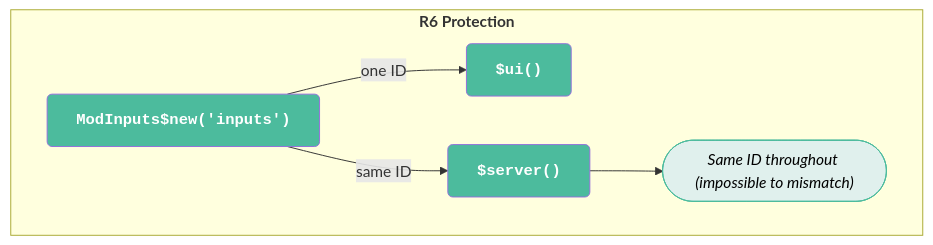
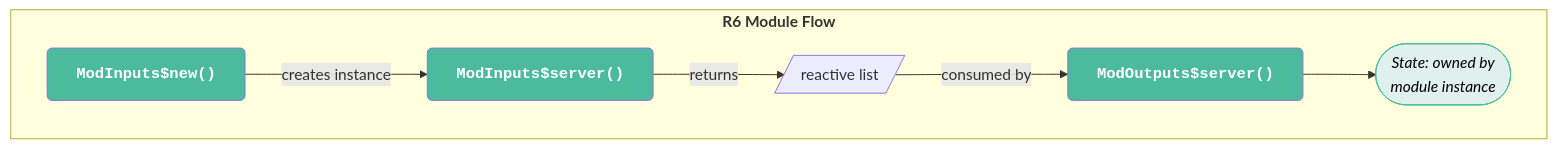
The fifth of 7 diagrams in posts/shiny-r6/index.qmd (mjfrigaard/mjfrigaard.github.io), drawn with Mermaid before and after one commit. The commit also changed other lines of this file and 4 other files, not shown here.

````diff
--- a/posts/shiny-r6/index.qmd
+++ b/posts/shiny-r6/index.qmd
@@ -972,26 +566,27 @@
 ```{mermaid}
 %%| eval: true
 %%| fig-align: 'center'
-%%| fig-caption: 'R6 Protection'
+%%| fig-caption: 'State Flow: R6 Modules (rsixer)'
 %%| echo: false
 %%{init: {'theme': 'base', 'themeVariables': { 'fontFamily': 'monospace', "darkMode":true}}}}%%
 
 flowchart TD
+    subgraph R6Flow["<strong>R6 Module Flow</strong>"]
+        MI["<strong>ModInputs$new()</strong>"]
+        MS["<strong>ModInputs$server()</strong>"]
+        MReact[/"reactive list"/]
+        MPass["<strong>ModOutputs$server()</strong>"]
+        MOwn(["<em>State: owned by<br/>module instance</em>"])
+    end
 
-    subgraph R6Safe["<strong>R6 Protection</strong>"]
-        Instance["<strong>ModInputs$new('inputs')</strong>"]
-        Ui2["<strong>$ui()</strong>"]
-        Serve2["<strong>$server()</strong>"]
-        BugFree(["<em>Same ID throughout (impossible to mismatch)</em>"])
-    end
+    MI -->|"creates instance"| MS
+    MS -->|"returns"| MReact
+    MReact -->|"consumed by"| MPass
+    MPass --> MOwn
+
+    style MI fill:#4CBB9D,color:#FFFFFF,rx:5,ry:5,font-family:monospace
+    style MS fill:#4CBB9D,color:#FFFFFF,rx:5,ry:5,font-family:monospace
+    style MPass fill:#4CBB9D,color:#FFFFFF,rx:5,ry:5,font-family:monospace
+    style MOwn fill:#E0F0ED,color:#000000,stroke:#4CBB9D
     
-    Instance -->|"one ID"| Ui2
-    Instance -->|"same ID"| Serve2
-    Serve2 --> BugFree
-    
-    style BugFree fill:#E0F0ED,color:#000000,stroke:#4CBB9D
-    style Instance fill:#4CBB9D,color:#FFFFFF,rx:5,ry:5,font-family:monospace
-    style Ui2 fill:#4CBB9D,color:#FFFFFF,rx:5,ry:5,font-family:monospace
-    style Serve2 fill:#4CBB9D,color:#FFFFFF,rx:5,ry:5,font-family:monospace
-
 ```
````
